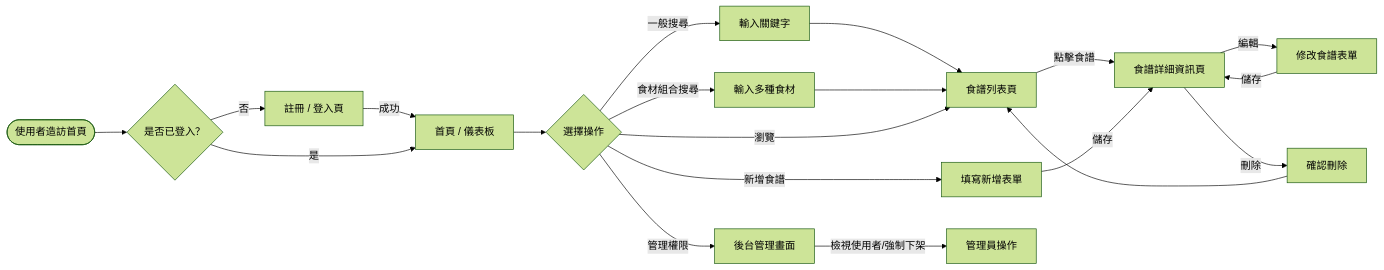
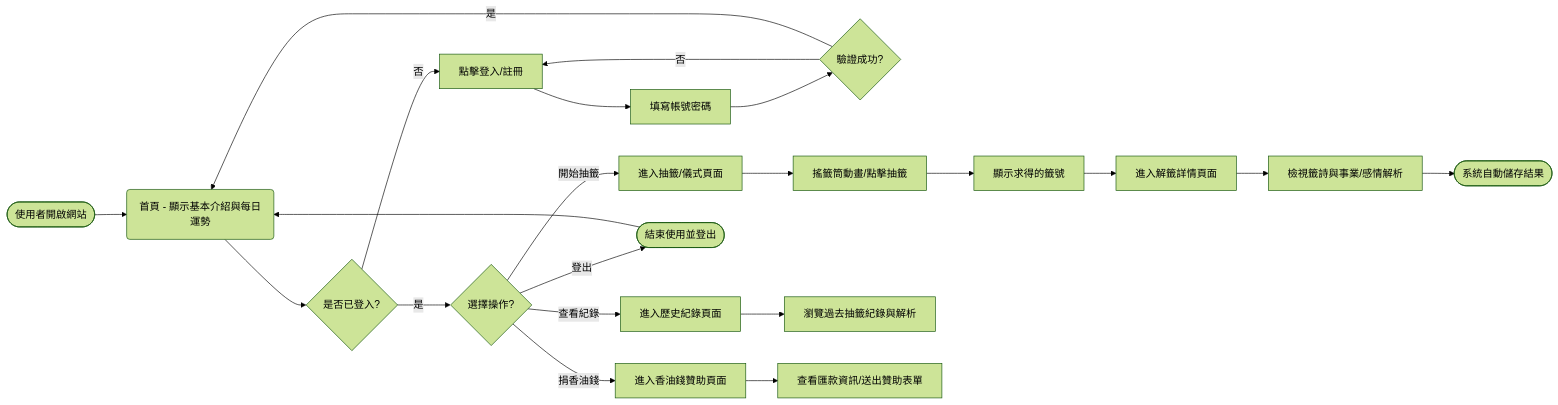
Before and after one commit to allen44726238-star/web_app_development: the first of 2 diagrams in docs/FLOWCHART.md, drawn with Mermaid (forest theme). The commit also changed other lines of this file, not shown here.

Commit message:
docs: add user flowchart

````diff
--- a/docs/FLOWCHART.md
+++ b/docs/FLOWCHART.md
@@ -9,31 +9,29 @@
 ```mermaid
 flowchart LR
-    A([使用者造訪首頁]) --> B{是否已登入？}
-    B -->|否| C[註冊 / 登入頁]
-    C -->|成功| D[首頁 / 儀表板]
-    B -->|是| D
+    A([使用者開啟網站]) --> B(首頁 - 顯示基本介紹與每日運勢)
     
-    D --> E{選擇操作}
+    B --> C{是否已登入?}
+    C -->|否| D[點擊登入/註冊]
+    D --> E[填寫帳號密碼]
+    E --> F{驗證成功?}
+    F -->|否| D
+    F -->|是| B
     
-    E -->|一般搜尋| F[輸入關鍵字]
-    F --> G[食譜列表頁]
+    C -->|是| G{選擇操作?}
     
-    E -->|食材組合搜尋| H[輸入多種食材]
-    H --> G
+    G -->|開始抽籤| H[進入抽籤/儀式頁面]
+    H --> I[搖籤筒動畫/點擊抽籤]
+    I --> J[顯示求得的籤號]
+    J --> K[進入解籤詳情頁面]
+    K --> L[檢視籤詩與事業/感情解析]
+    L --> M([系統自動儲存結果])
     
-    E -->|瀏覽| G
+    G -->|查看紀錄| N[進入歷史紀錄頁面]
+    N --> O[瀏覽過去抽籤紀錄與解析]
     
-    G -->|點擊食譜| I[食譜詳細資訊頁]
+    G -->|捐香油錢| P[進入香油錢贊助頁面]
+    P --> Q[查看匯款資訊/送出贊助表單]
     
-    E -->|新增食譜| J[填寫新增表單]
-    J -->|儲存| I
-    
-    I -->|編輯| K[修改食譜表單]
-    K -->|儲存| I
-    
-    I -->|刪除| L[確認刪除]
-    L --> G
-    
-    E -->|管理權限| M[後台管理畫面]
-    M -->|檢視使用者/強制下架| N[管理員操作]
+    G -->|登出| R([結束使用並登出])
+    R --> B
 ```
````
